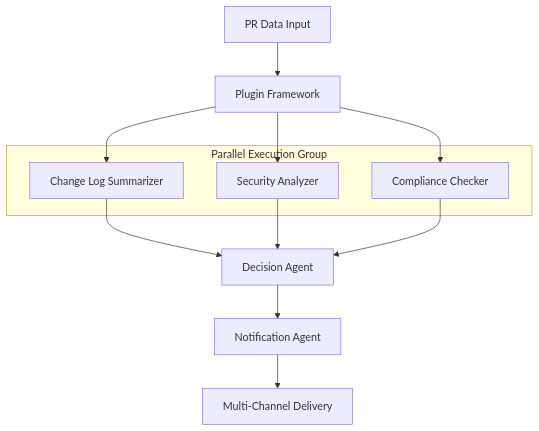
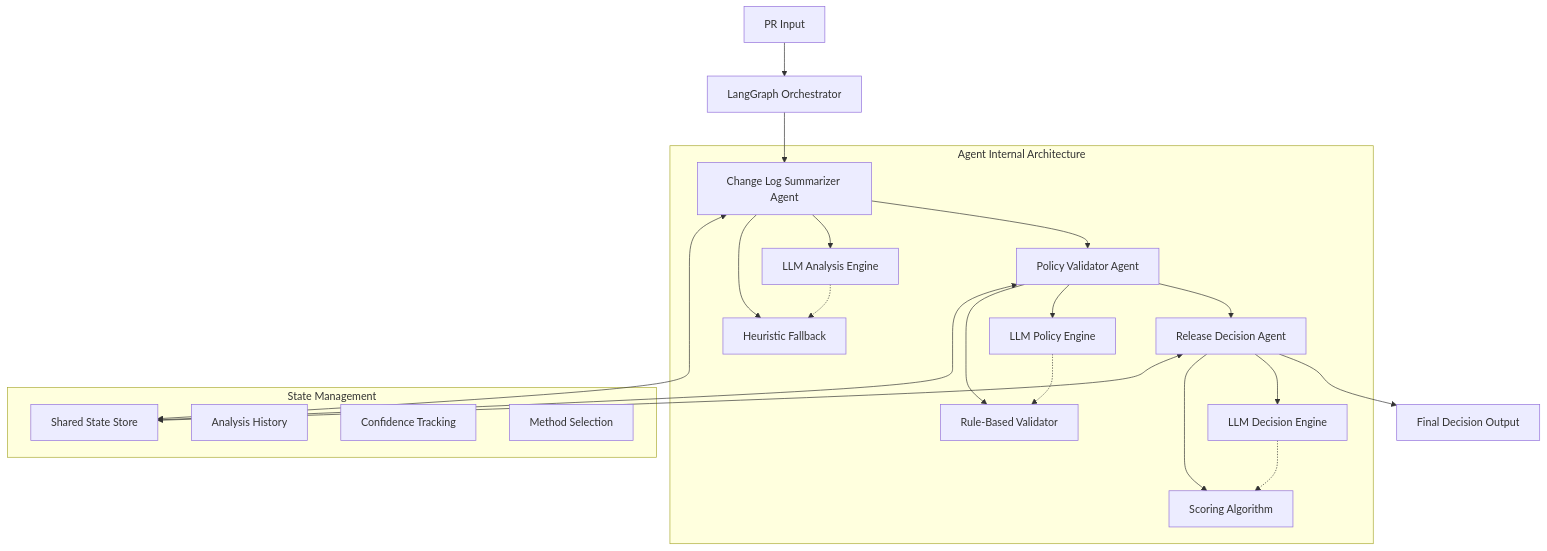
Before and after one commit to nmansur0ct/ReleaseRiskAnalyserAgent: the seventh of 7 diagrams in Architecture.md, drawn with Mermaid. The commit also changed other lines of this file, not shown here.

````diff
--- a/Architecture.md
+++ b/Architecture.md
@@ -219,18 +1169,33 @@
 ```mermaid
-graph TD
-    A[PR Data Input] --> B[Plugin Framework]
-    B --> C[Change Log Summarizer]
-    B --> D[Security Analyzer]
-    B --> E[Compliance Checker]
-    C --> F[Decision Agent]
-    D --> F
-    E --> F
-    F --> G[Notification Agent]
-    G --> H[Multi-Channel Delivery]
+graph TB
+    A[PR Input] --> B[LangGraph Orchestrator]
+    B --> C[Change Log Summarizer Agent]
+    C --> D[Policy Validator Agent]
+    D --> E[Release Decision Agent]
+    E --> F[Final Decision Output]
     
-    subgraph "Parallel Execution Group"
-        C
-        D 
-        E
+    subgraph "Agent Internal Architecture"
+        C --> C1[LLM Analysis Engine]
+        C --> C2[Heuristic Fallback]
+        C1 -.-> C2
+        
+        D --> D1[LLM Policy Engine]
+        D --> D2[Rule-Based Validator]
+        D1 -.-> D2
+        
+        E --> E1[LLM Decision Engine]
+        E --> E2[Scoring Algorithm]
+        E1 -.-> E2
     end
+    
+    subgraph "State Management"
+        G[Shared State Store]
+        H[Analysis History]
+        I[Confidence Tracking]
+        J[Method Selection]
+    end
+    
+    C <--> G
+    D <--> G
+    E <--> G
 ```
````
